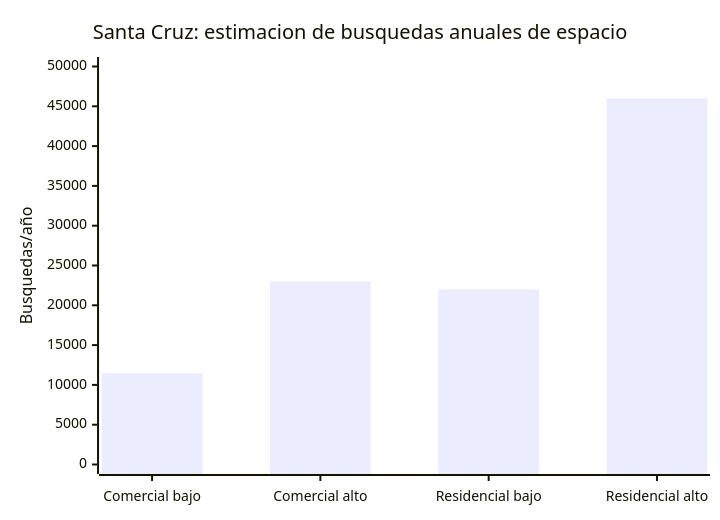
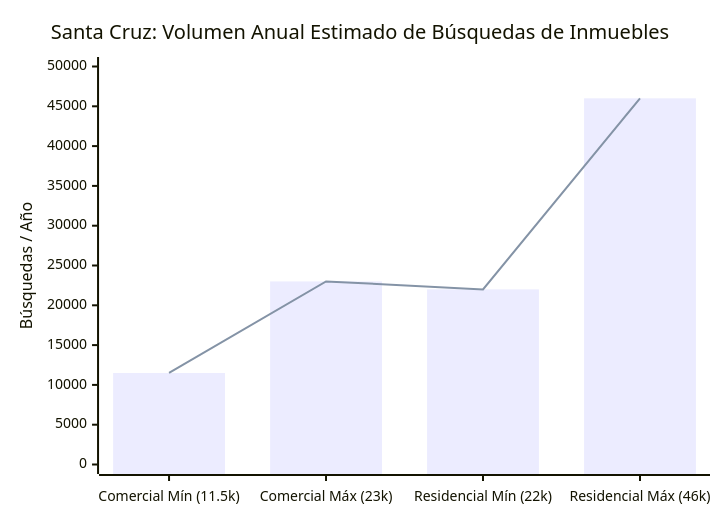
The fourth of 7 diagrams in Mita_estadisticas_mercado_inferidas.md (mita-build-with-ai-2026/.github), drawn with Mermaid before and after one commit. The commit also changed other lines of this file and 35 other files, not shown here.

````diff
--- a/Mita_estadisticas_mercado_inferidas.md
+++ b/Mita_estadisticas_mercado_inferidas.md
@@ -272,7 +320,8 @@
 ```mermaid
 xychart-beta
-  title "Santa Cruz: estimacion de busquedas anuales de espacio"
-  x-axis ["Comercial bajo", "Comercial alto", "Residencial bajo", "Residencial alto"]
-  y-axis "Busquedas/año" 0 --> 50000
+  title "Santa Cruz: Volumen Anual Estimado de Búsquedas de Inmuebles"
+  x-axis ["Comercial Mín (11.5k)", "Comercial Máx (23k)", "Residencial Mín (22k)", "Residencial Máx (46k)"]
+  y-axis "Búsquedas / Año" 0 --> 50000
   bar [11500, 23000, 22000, 46000]
+  line [11500, 23000, 22000, 46000]
 ```
````
